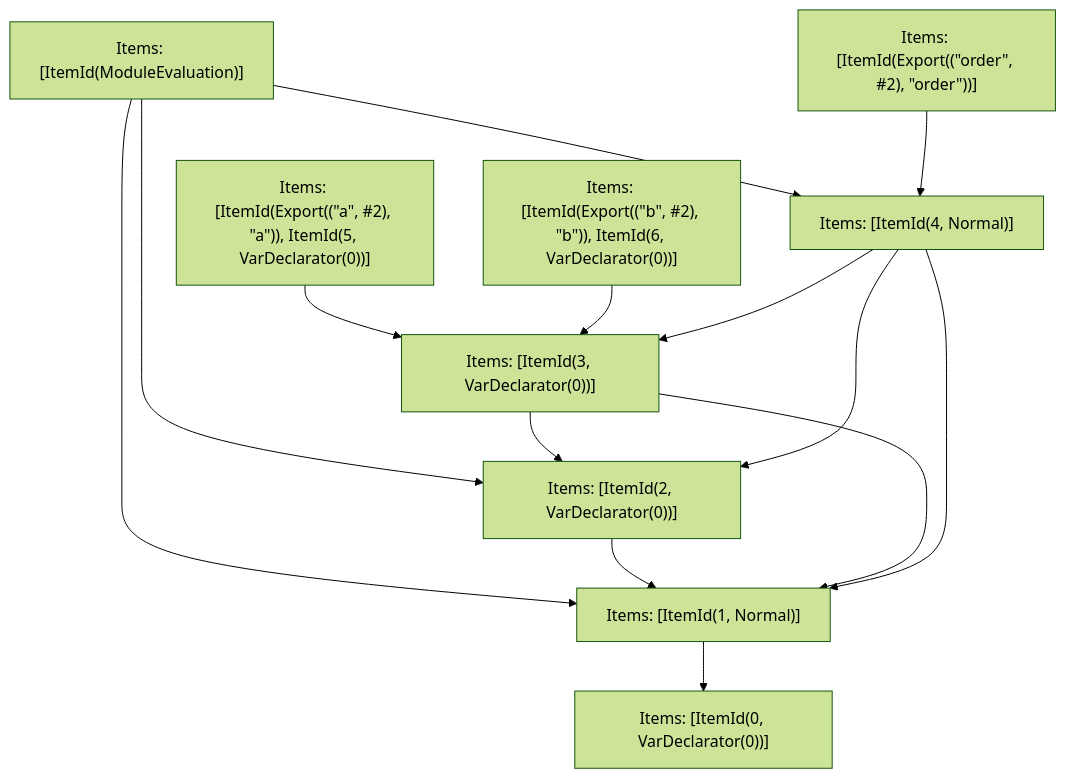
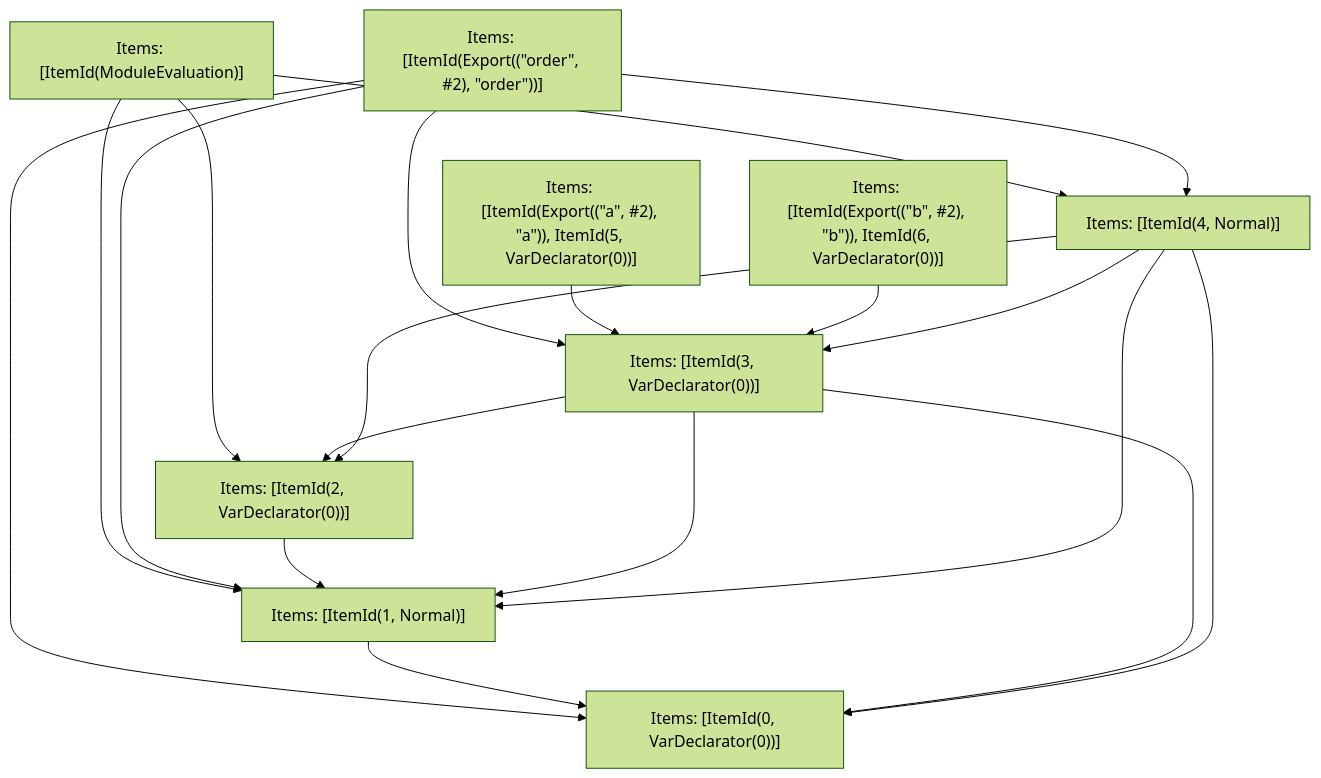
One commit to vercel/turborepo changed the fifth of 5 diagrams in crates/turbopack-ecmascript/tests/tree-shaker/analyzer/shared-2/output.md. Above: the diagram before and after it, drawn with Mermaid (forest theme). The commit also changed other lines of this file and 20 other files, not shown here.

````diff
--- a/crates/turbopack-ecmascript/tests/tree-shaker/analyzer/shared-2/output.md
+++ b/crates/turbopack-ecmascript/tests/tree-shaker/analyzer/shared-2/output.md
@@ -200,25 +224,30 @@
 ```mermaid
 graph TD
     N0["Items: [ItemId(ModuleEvaluation)]"];
     N1["Items: [ItemId(Export((&quot;order&quot;, #2), &quot;order&quot;))]"];
     N2["Items: [ItemId(Export((&quot;a&quot;, #2), &quot;a&quot;)), ItemId(5, VarDeclarator(0))]"];
     N3["Items: [ItemId(Export((&quot;b&quot;, #2), &quot;b&quot;)), ItemId(6, VarDeclarator(0))]"];
     N4["Items: [ItemId(0, VarDeclarator(0))]"];
     N5["Items: [ItemId(1, Normal)]"];
     N6["Items: [ItemId(2, VarDeclarator(0))]"];
     N7["Items: [ItemId(3, VarDeclarator(0))]"];
     N8["Items: [ItemId(4, Normal)]"];
     N0 --> N5;
     N0 --> N6;
     N0 --> N8;
+    N1 --> N4;
+    N1 --> N5;
+    N1 --> N7;
     N1 --> N8;
     N2 --> N7;
     N3 --> N7;
     N5 --> N4;
     N6 --> N5;
     N7 --> N6;
+    N7 --> N4;
     N7 --> N5;
+    N8 --> N4;
+    N8 --> N5;
     N8 --> N7;
-    N8 --> N5;
     N8 --> N6;
 ```
````
